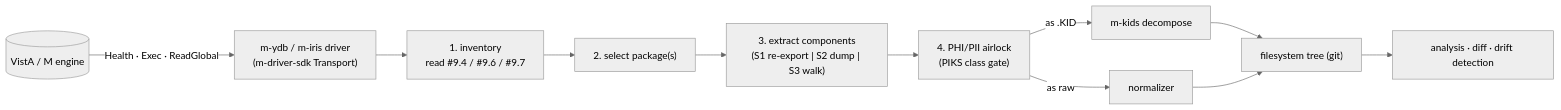
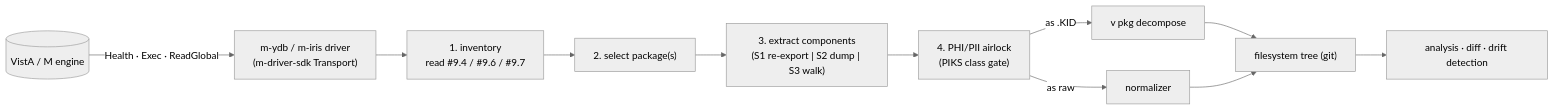
One commit to vista-cloud-dev/v-pkg changed the third of 5 diagrams in docs/proposals/package-extraction-design.md. Above: the diagram before and after it, drawn with Mermaid (neutral theme). The commit also changed other lines of this file and 7 other files, not shown here.

````diff
--- a/docs/proposals/package-extraction-design.md
+++ b/docs/proposals/package-extraction-design.md
@@ -127,12 +127,12 @@
 ```mermaid
 flowchart LR
     ENG[("VistA / M engine")] -->|"Health · Exec · ReadGlobal"| DRV["m-ydb / m-iris driver<br/>(m-driver-sdk Transport)"]
     DRV --> INV["1. inventory<br/>read #9.4 / #9.6 / #9.7"]
     INV --> SEL["2. select package(s)"]
     SEL --> EXT["3. extract components<br/>(S1 re-export | S2 dump | S3 walk)"]
     EXT --> AIR["4. PHI/PII airlock<br/>(PIKS class gate)"]
-    AIR -->|"as .KID"| MK["m-kids decompose"]
+    AIR -->|"as .KID"| MK["v pkg decompose"]
     AIR -->|"as raw"| NORM["normalizer"]
     MK & NORM --> TREE["filesystem tree (git)"]
     TREE --> AN["analysis · diff · drift detection"]
 ```
````
